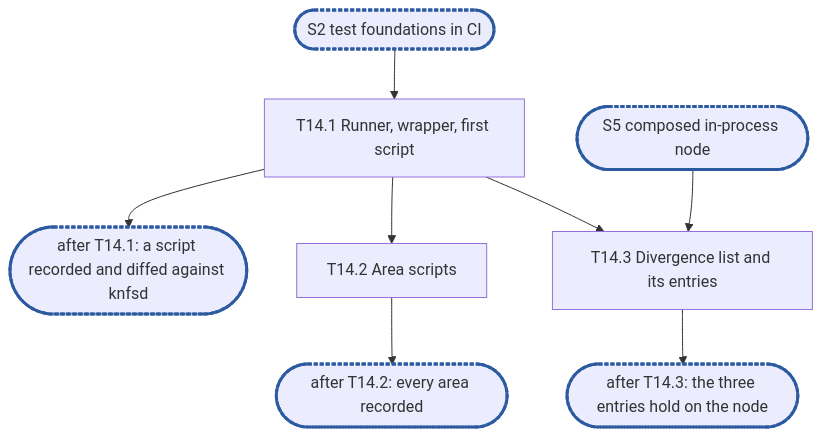
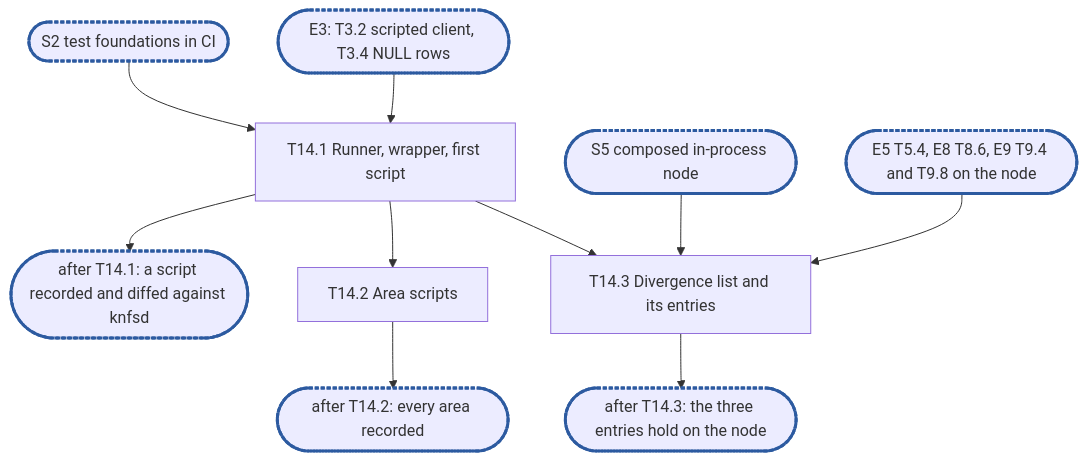
The diagram in .planning/rfc-21-nfs-epic14.md (cubbit/dittofs), drawn with Mermaid before and after one commit. The commit also changed other lines of this file, not shown here.

````diff
--- a/.planning/rfc-21-nfs-epic14.md
+++ b/.planning/rfc-21-nfs-epic14.md
@@ -406,11 +413,13 @@
 ```mermaid
 flowchart TD
   S2(["S2 test foundations in CI"]):::sync --> T14_1["T14.1 Runner, wrapper, first script"]
   T14_1 --> C1(["after T14.1: a script recorded and diffed against knfsd"]):::sync
   T14_1 --> T14_2["T14.2 Area scripts"]
+  E3(["E3: T3.2 scripted client, T3.4 NULL rows"]):::sync --> T14_1
   S5(["S5 composed in-process node"]):::sync --> T14_3["T14.3 Divergence list and its entries"]
+  EN(["E5 T5.4, E8 T8.6, E9 T9.4 and T9.8 on the node"]):::sync --> T14_3
   T14_1 --> T14_3
   T14_2 --> C2(["after T14.2: every area recorded"]):::sync
   T14_3 --> C3(["after T14.3: the three entries hold on the node"]):::sync
   classDef sync stroke:#2c5aa0,stroke-width:3px,stroke-dasharray:4 2
 ```
````
